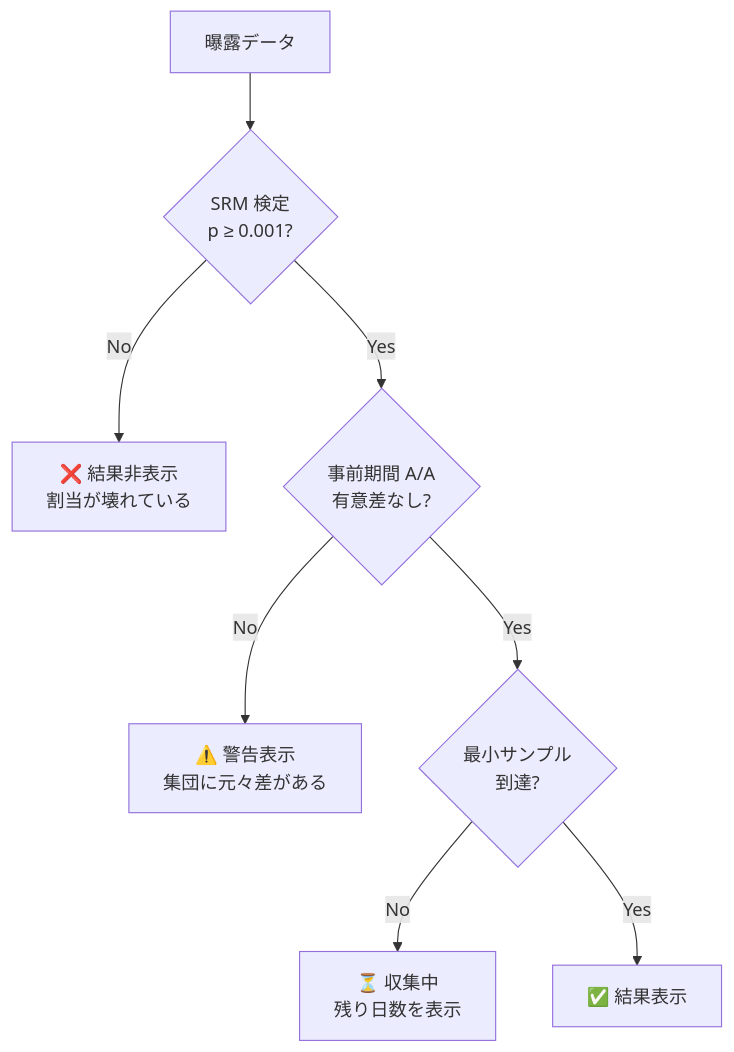
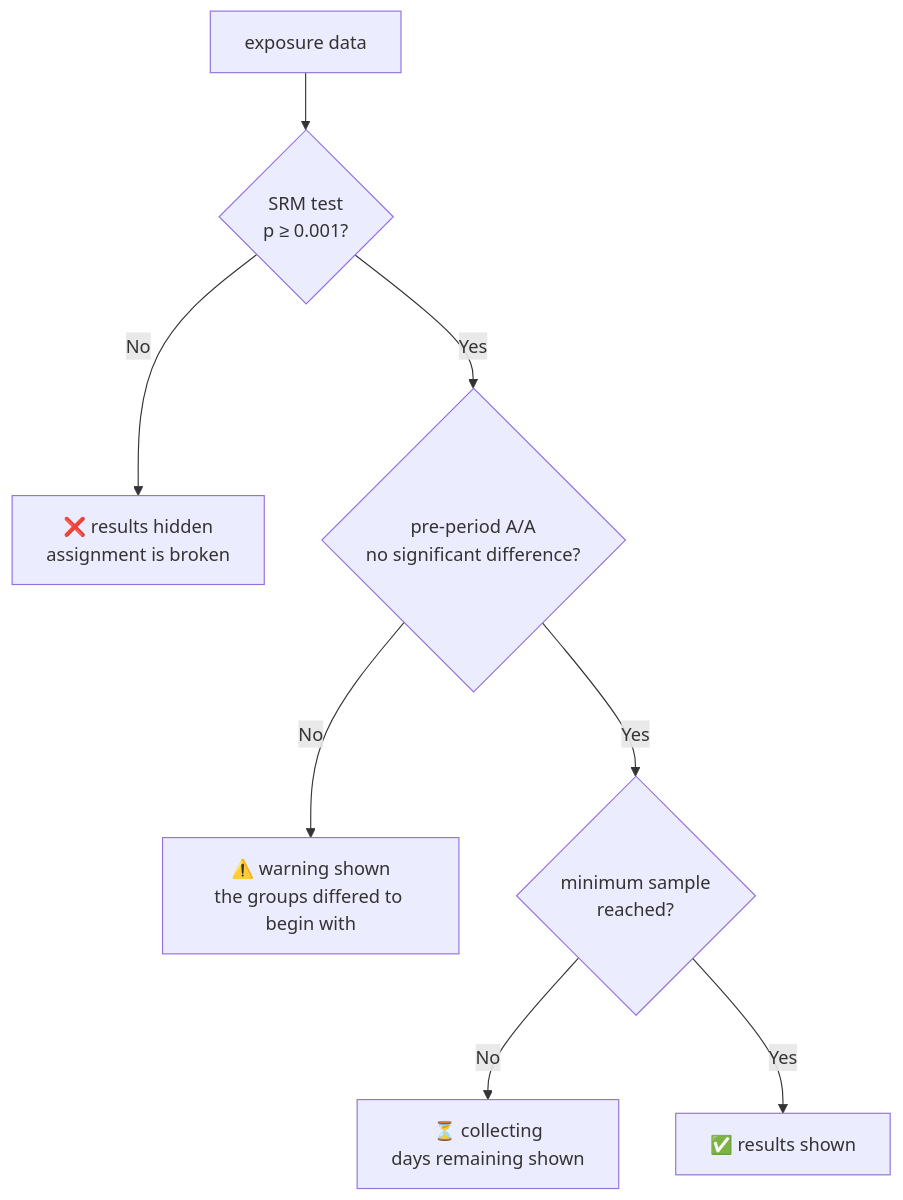
The diagram in docs/07-statistics.md (0x0c/bakuchi), drawn with Mermaid before and after one commit. The commit also changed other lines of this file and 37 other files, not shown here.

````diff
--- a/docs/07-statistics.md
+++ b/docs/07-statistics.md
@@ -11,10 +18,10 @@
 ```mermaid
 flowchart TD
-    A["曝露データ"] --> B{"SRM 検定<br/>p ≥ 0.001?"}
-    B -->|No| X["❌ 結果非表示<br/>割当が壊れている"]
-    B -->|Yes| C{"事前期間 A/A<br/>有意差なし?"}
-    C -->|No| Y["⚠️ 警告表示<br/>集団に元々差がある"]
-    C -->|Yes| D{"最小サンプル<br/>到達?"}
-    D -->|No| Z["⏳ 収集中<br/>残り日数を表示"]
-    D -->|Yes| E["✅ 結果表示"]
+    A["exposure data"] --> B{"SRM test<br/>p ≥ 0.001?"}
+    B -->|No| X["❌ results hidden<br/>assignment is broken"]
+    B -->|Yes| C{"pre-period A/A<br/>no significant difference?"}
+    C -->|No| Y["⚠️ warning shown<br/>the groups differed to begin with"]
+    C -->|Yes| D{"minimum sample<br/>reached?"}
+    D -->|No| Z["⏳ collecting<br/>days remaining shown"]
+    D -->|Yes| E["✅ results shown"]
 ```
````
